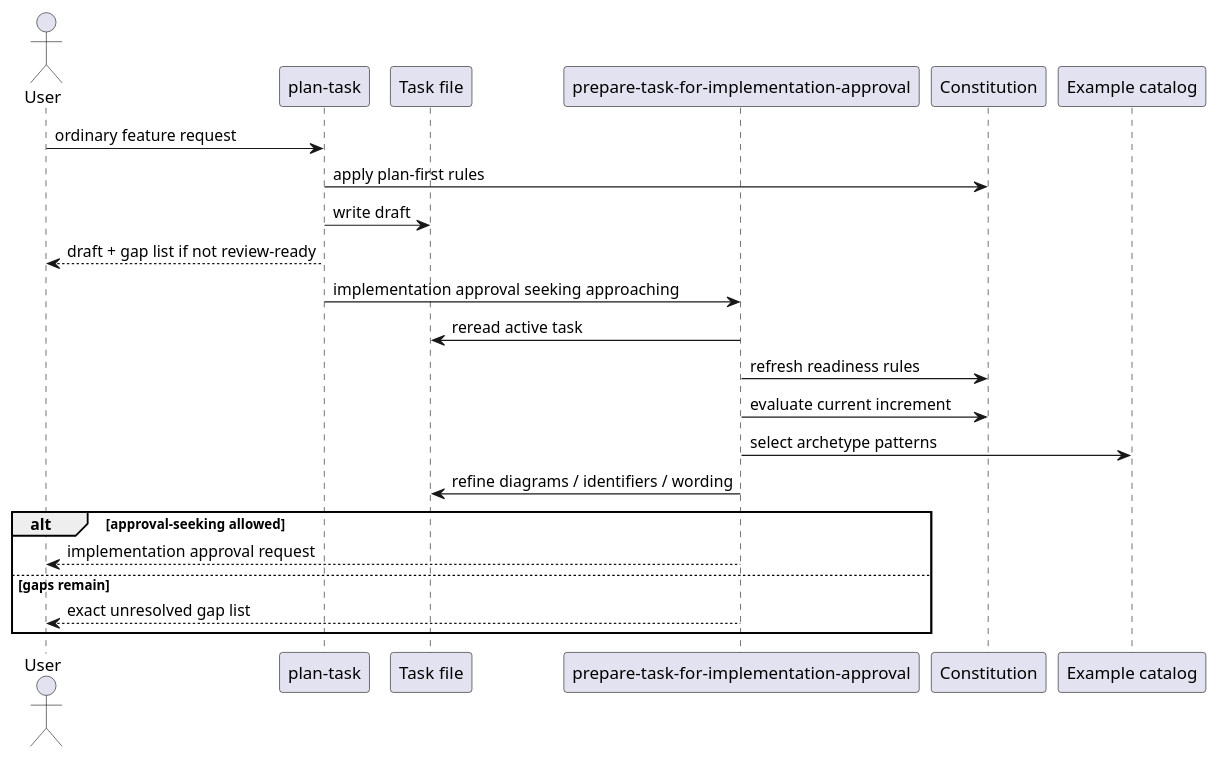
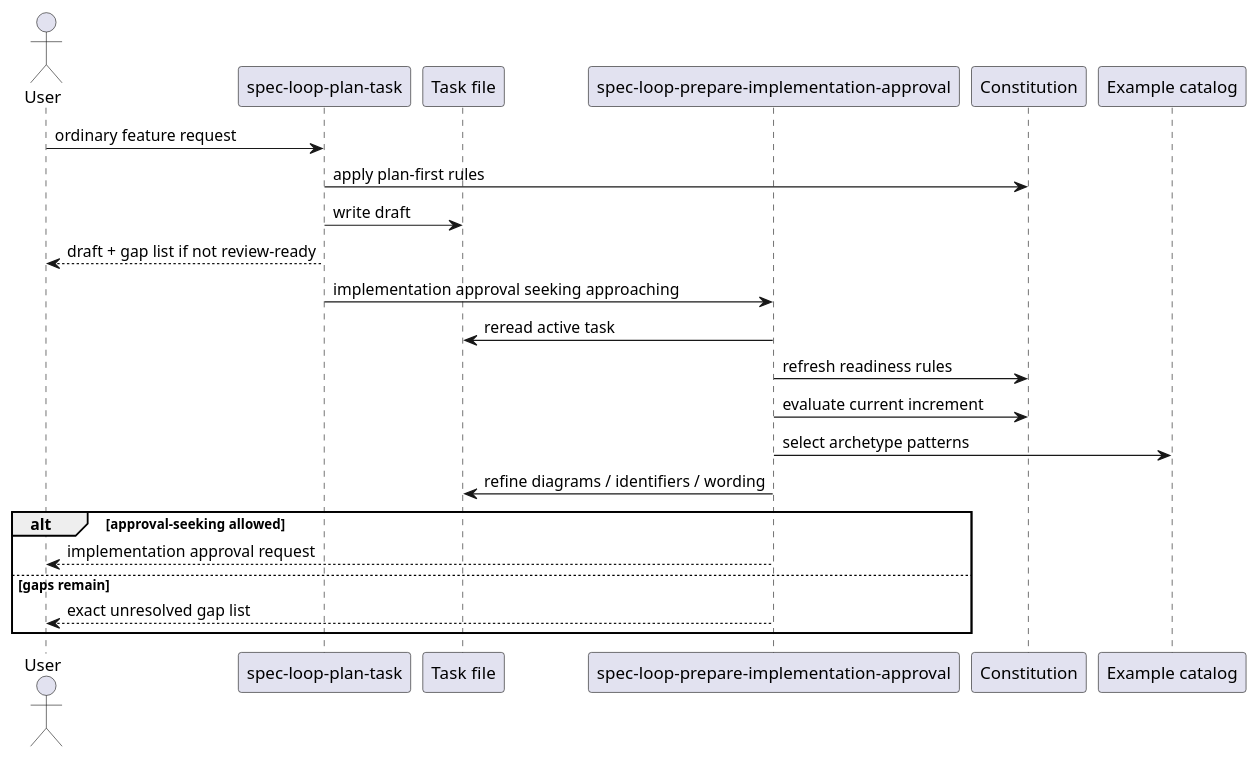
One commit to dpolivaev/spec-loop changed the third of 3 diagrams in tasks/in-progress/separate-task-drafting-from-approval-preparation.md. Above: the diagram before and after it, drawn with PlantUML. The commit also changed other lines of this file and 20 other files, not shown here.

````diff
--- a/tasks/in-progress/separate-task-drafting-from-approval-preparation.md
+++ b/tasks/in-progress/separate-task-drafting-from-approval-preparation.md
@@ -297,26 +297,26 @@
 ```plantuml
 @startuml
 actor User
-participant "plan-task" as Plan
+participant "spec-loop-plan-task" as Plan
 participant "Task file" as Task
-participant "prepare-task-for-implementation-approval" as Prepare
+participant "spec-loop-prepare-implementation-approval" as Prepare
 participant "Constitution" as Constitution
 participant "Example catalog" as Examples
 
 User -> Plan : ordinary feature request
 Plan -> Constitution : apply plan-first rules
 Plan -> Task : write draft
 Plan --> User : draft + gap list if not review-ready
 Plan -> Prepare : implementation approval seeking approaching
 Prepare -> Task : reread active task
 Prepare -> Constitution : refresh readiness rules
 Prepare -> Constitution : evaluate current increment
 Prepare -> Examples : select archetype patterns
 Prepare -> Task : refine diagrams / identifiers / wording
 alt approval-seeking allowed
   Prepare --> User : implementation approval request
 else gaps remain
   Prepare --> User : exact unresolved gap list
 end
 @enduml
 ```
````
